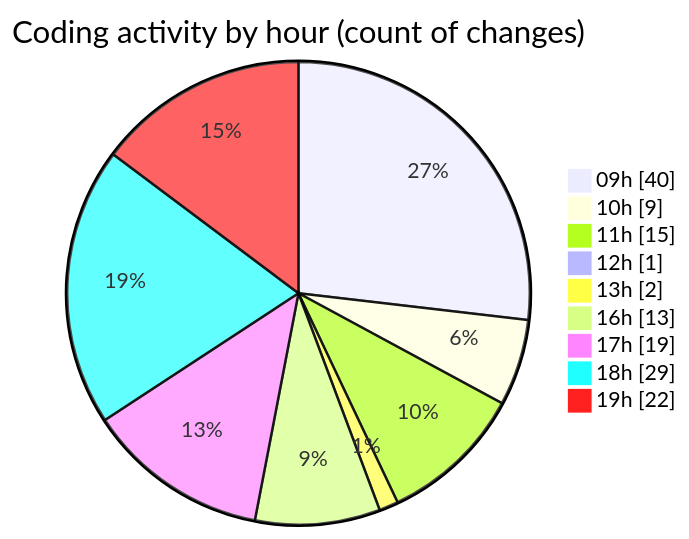
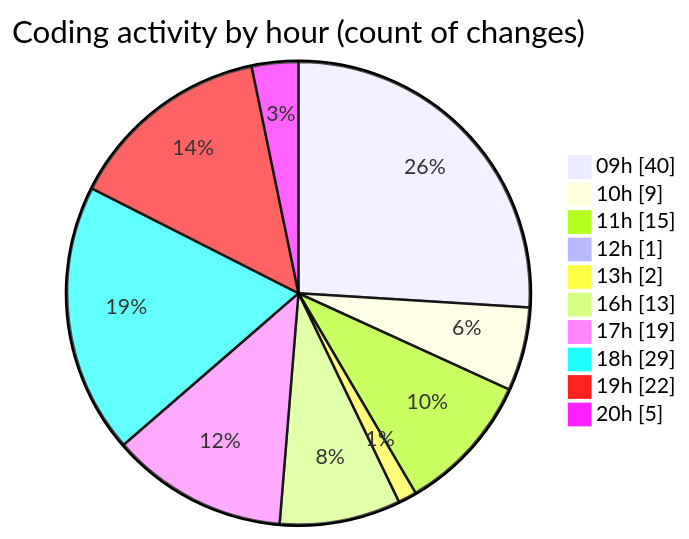
Before and after one commit to momahboobian/code-tracking: the second of 2 diagrams in 2026-06-15/cda/README.md, drawn with Mermaid. The commit also changed other lines of this file and 1 other file, not shown here.

````diff
--- a/2026-06-15/cda/README.md
+++ b/2026-06-15/cda/README.md
@@ -81,13 +81,14 @@
 ```mermaid
 pie showData
 title Coding activity by hour (count of changes)
 "09h" : 40
 "10h" : 9
 "11h" : 15
 "12h" : 1
 "13h" : 2
 "16h" : 13
 "17h" : 19
 "18h" : 29
 "19h" : 22
+"20h" : 5
 ```
````
